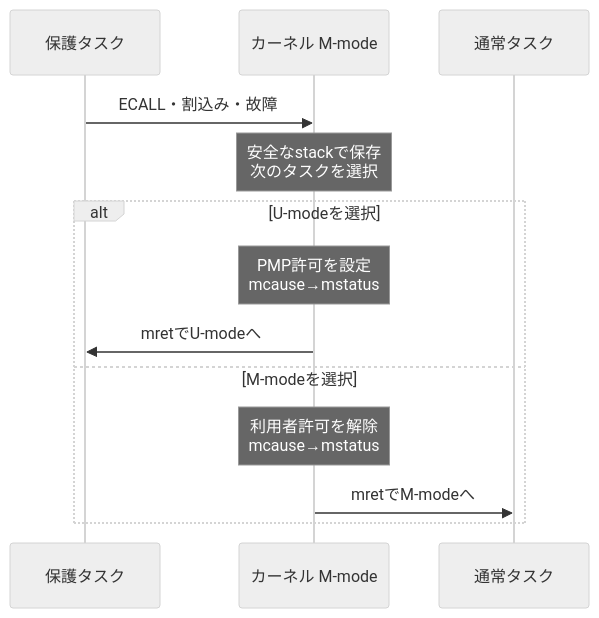
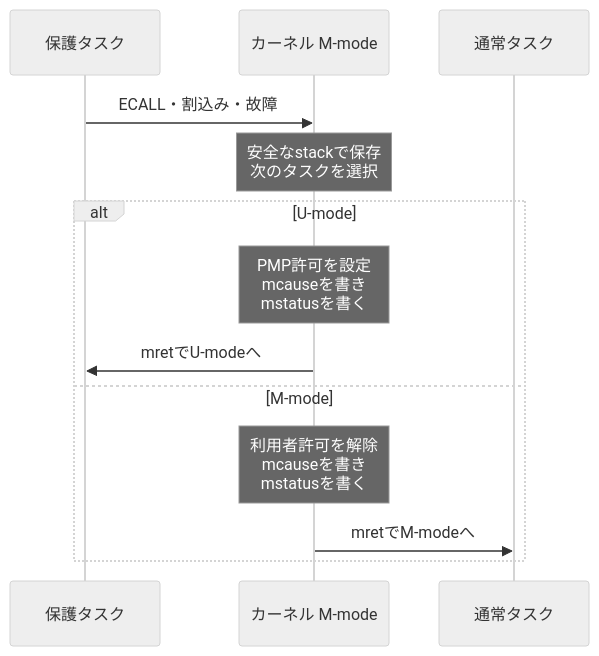
The diagram in docs/book/figures/protected-return.mmd (masanork/nihos), drawn with Mermaid (neutral theme) before and after one commit. The commit also changed 8 other files, not shown here.

Commit message:
Clarify introductory permissions and improve the return diagram

```diff
--- a/docs/book/figures/protected-return.mmd
+++ b/docs/book/figures/protected-return.mmd
@@ -1,15 +1,15 @@
 sequenceDiagram
     accTitle: 選んだタスクに合わせて復帰の権限と許可を変える
     accDescr: U-modeの例外をカーネルが受け、保存と選択を行う。選んだ実行に合わせてPMPを設定または解除し、mcauseを先、mstatusを後に書いてmretする。故障した元のタスクは再開しない。
     participant U as 保護タスク
     participant K as カーネル M-mode
     participant M as 通常タスク
     U->>K: ECALL・割込み・故障
     Note over K: 安全なstackで保存<br/>次のタスクを選択
-    alt U-modeを選択
-      Note over K: PMP許可を設定<br/>mcause→mstatus
+    alt U-mode
+      Note over K: PMP許可を設定<br/>mcauseを書き<br/>mstatusを書く
       K->>U: mretでU-modeへ
-    else M-modeを選択
-      Note over K: 利用者許可を解除<br/>mcause→mstatus
+    else M-mode
+      Note over K: 利用者許可を解除<br/>mcauseを書き<br/>mstatusを書く
       K->>M: mretでM-modeへ
     end
```
